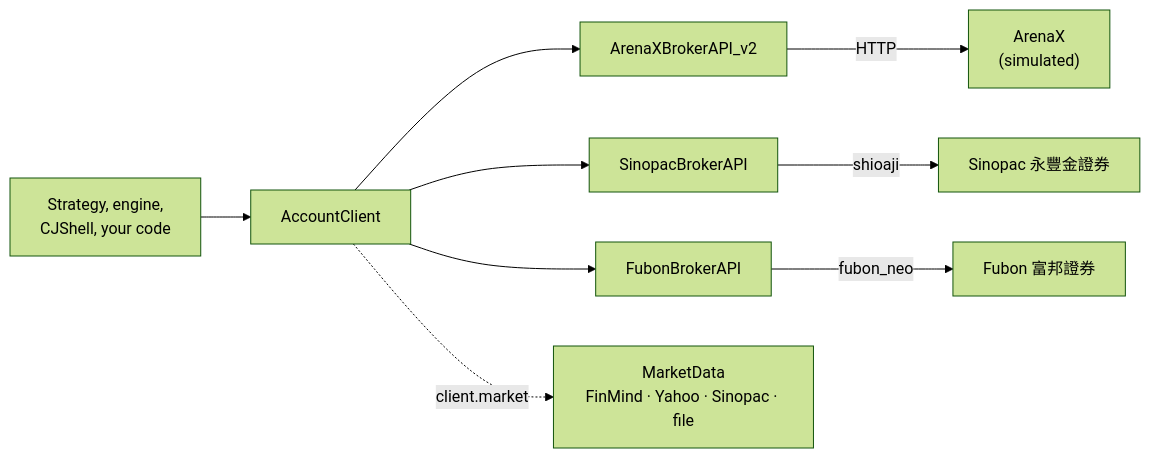
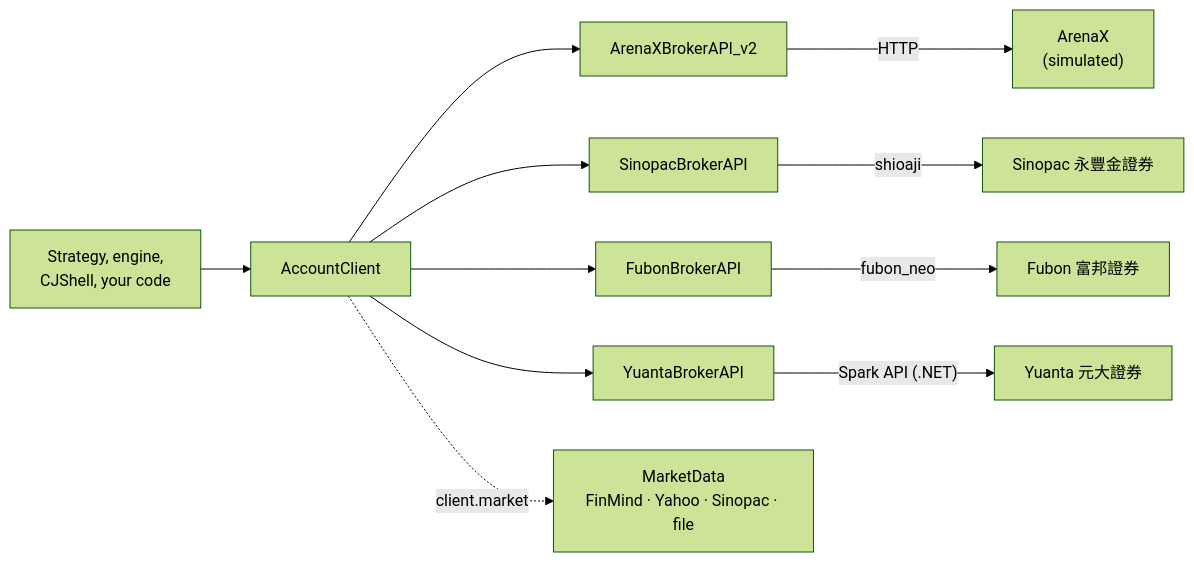
Before and after one commit to jackiesogi/CJTrade: the diagram in doc/get-started/live-brokers.md, drawn with Mermaid (forest theme). The commit also changed other lines of this file and 27 other files, not shown here.

````diff
--- a/doc/get-started/live-brokers.md
+++ b/doc/get-started/live-brokers.md
@@ -9,8 +18,9 @@
 ```mermaid
 flowchart LR
     Code["Strategy, engine,<br/>CJShell, your code"] --> AC["AccountClient"]
     AC --> AX["ArenaXBrokerAPI_v2"] -- "HTTP" --> AXS["ArenaX<br/>(simulated)"]
     AC --> SP["SinopacBrokerAPI"] -- "shioaji" --> SPS["Sinopac 永豐金證券"]
     AC --> FB["FubonBrokerAPI"] -- "fubon_neo" --> FBS["Fubon 富邦證券"]
+    AC --> YT["YuantaBrokerAPI"] -- "Spark API (.NET)" --> YTS["Yuanta 元大證券"]
     AC -. "client.market" .-> MD["MarketData<br/>FinMind · Yahoo · Sinopac · file"]
 ```
````
